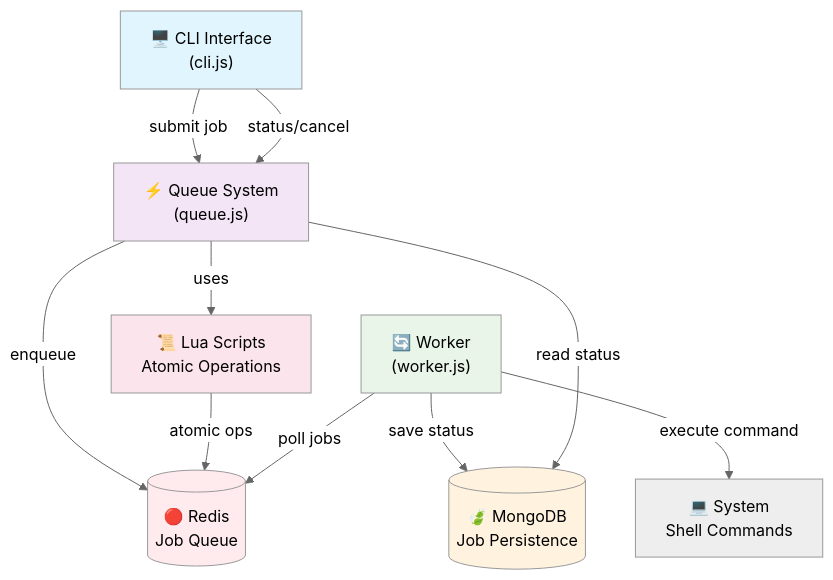
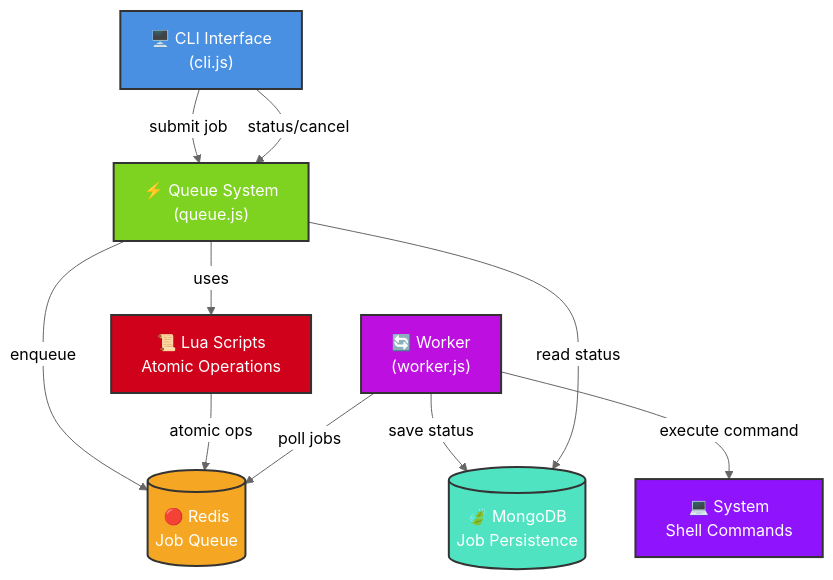
One commit to alankritkhatri/synqjs changed the diagram in README.md. Above: the diagram before and after it, drawn with Mermaid (neutral theme).

Commit message:
color fixes for architecture diagram

````diff
--- a/README.md
+++ b/README.md
@@ -53,26 +53,27 @@
 ```mermaid
 graph TD
     CLI["🖥️ CLI Interface<br/>(cli.js)"] 
     Queue["⚡ Queue System<br/>(queue.js)"]
     Redis[("🔴 Redis<br/>Job Queue")]
     Worker["🔄 Worker<br/>(worker.js)"]
     MongoDB[("🍃 MongoDB<br/>Job Persistence")]
     LuaScripts["📜 Lua Scripts<br/>Atomic Operations"]
     
     CLI -->|submit job| Queue
     CLI -->|status/cancel| Queue
     Queue -->|enqueue| Redis
     Queue -->|uses| LuaScripts
     LuaScripts -->|atomic ops| Redis
     Worker -->|poll jobs| Redis
     Worker -->|execute command| System["💻 System<br/>Shell Commands"]
     Worker -->|save status| MongoDB
     Queue -->|read status| MongoDB
     
-    style CLI fill:#e1f5fe
-    style Queue fill:#f3e5f5
-    style Redis fill:#ffebee
-    style Worker fill:#e8f5e8
-    style MongoDB fill:#fff3e0
-    style LuaScripts fill:#fce4ec
+    style CLI fill:#4A90E2,stroke:#333,stroke-width:2px,color:#fff
+    style Queue fill:#7ED321,stroke:#333,stroke-width:2px,color:#fff
+    style Redis fill:#F5A623,stroke:#333,stroke-width:2px,color:#fff
+    style Worker fill:#BD10E0,stroke:#333,stroke-width:2px,color:#fff
+    style MongoDB fill:#50E3C2,stroke:#333,stroke-width:2px,color:#fff
+    style LuaScripts fill:#D0021B,stroke:#333,stroke-width:2px,color:#fff
+    style System fill:#9013FE,stroke:#333,stroke-width:2px,color:#fff
 ```
````
